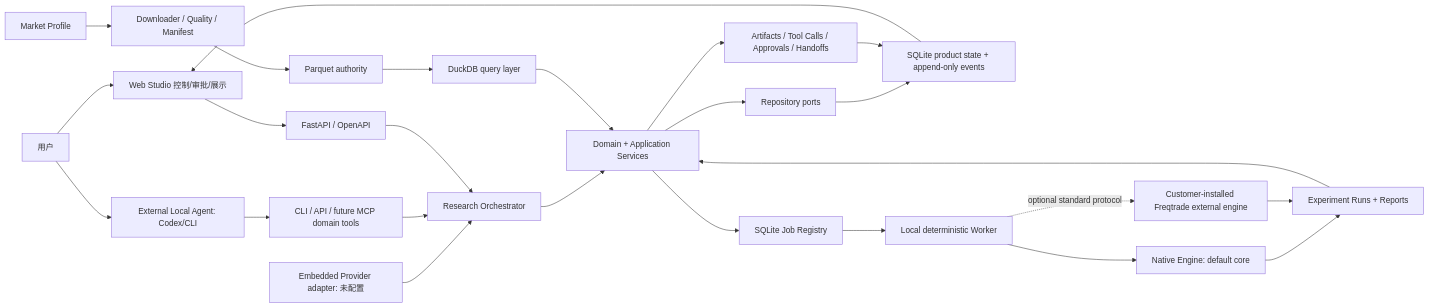
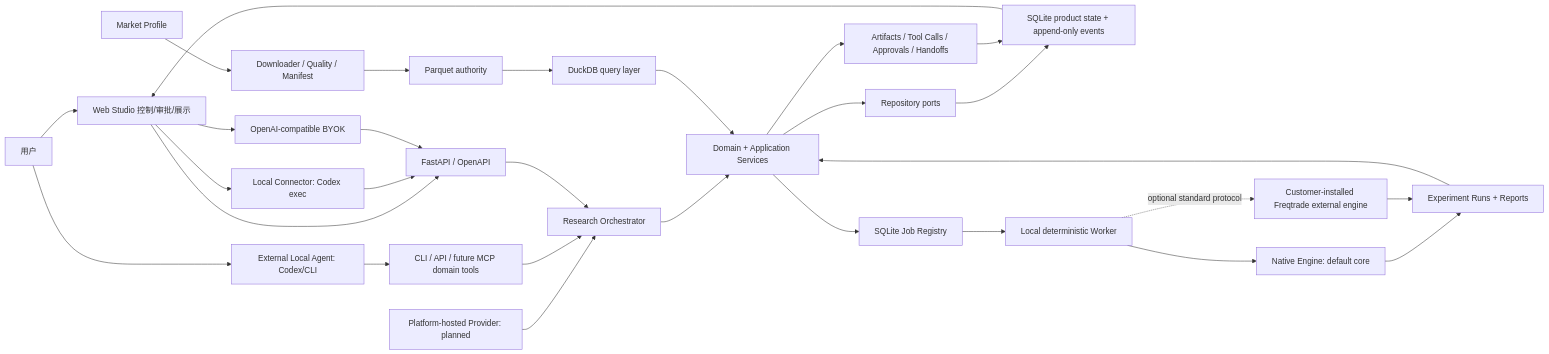
The first of 3 diagrams in docs/16-产品化目标架构-v1.md (goodperson888/quant-research-lab), drawn with Mermaid before and after one commit. The commit also changed other lines of this file and 80 other files, not shown here.

````diff
--- a/docs/16-产品化目标架构-v1.md
+++ b/docs/16-产品化目标架构-v1.md
@@ -11,27 +11,31 @@
 ```mermaid
 flowchart LR
     U["用户"] --> WEB["Web Studio 控制/审批/展示"]
     U --> EA["External Local Agent: Codex/CLI"]
     WEB --> API["FastAPI / OpenAPI"]
+    WEB --> LC["Local Connector: Codex exec"]
+    WEB --> BYOK["OpenAI-compatible BYOK"]
     EA --> TOOLS["CLI / API / future MCP domain tools"]
-    EP["Embedded Provider adapter: 未配置"] --> ORCH["Research Orchestrator"]
+    LC --> API
+    BYOK --> API
+    EP["Platform-hosted Provider: planned"] --> ORCH["Research Orchestrator"]
     TOOLS --> ORCH
     API --> ORCH
     ORCH --> DOMAIN["Domain + Application Services"]
     DOMAIN --> REPO["Repository ports"]
     REPO --> APPDB["SQLite product state + append-only events"]
     DOMAIN --> JOBS["SQLite Job Registry"]
     JOBS --> WORKER["Local deterministic Worker"]
     WORKER --> NATIVE["Native Engine: default core"]
     WORKER -. optional standard protocol .-> FT["Customer-installed Freqtrade external engine"]
     NATIVE --> RUNS["Experiment Runs + Reports"]
     FT --> RUNS
     MP["Market Profile"] --> DATA["Downloader / Quality / Manifest"]
     DATA --> PARQUET["Parquet authority"]
     PARQUET --> DUCK["DuckDB query layer"]
     DUCK --> DOMAIN
     RUNS --> DOMAIN
     DOMAIN --> AUDIT["Artifacts / Tool Calls / Approvals / Handoffs"]
     AUDIT --> APPDB
     APPDB --> WEB
 ```
````
